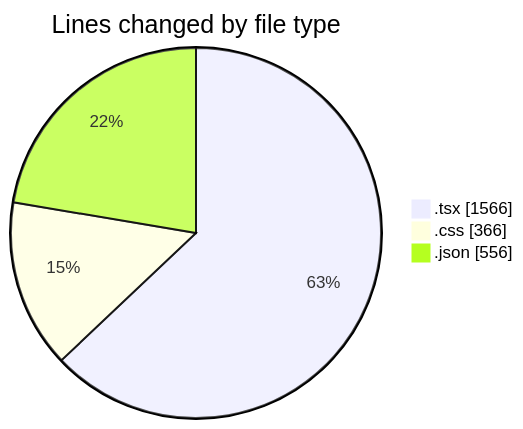
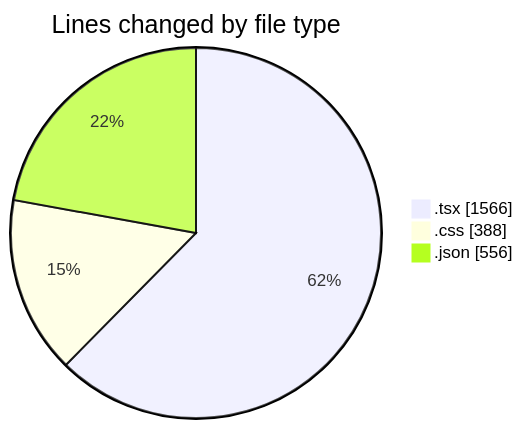
Before and after one commit to EIIisD/code-tracking: the first of 2 diagrams in 2025-08-04/tw-server/README.md, drawn with Mermaid. The commit also changed other lines of this file and 1 other file, not shown here.

````diff
--- a/2025-08-04/tw-server/README.md
+++ b/2025-08-04/tw-server/README.md
@@ -28,7 +28,7 @@
 ```mermaid
 pie showData
 title Lines changed by file type
 ".tsx" : 1566
-".css" : 366
+".css" : 388
 ".json" : 556
 ```
````
